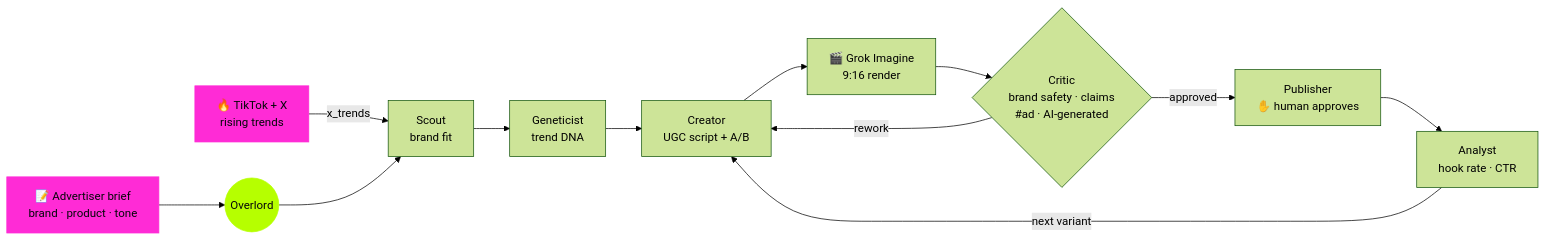
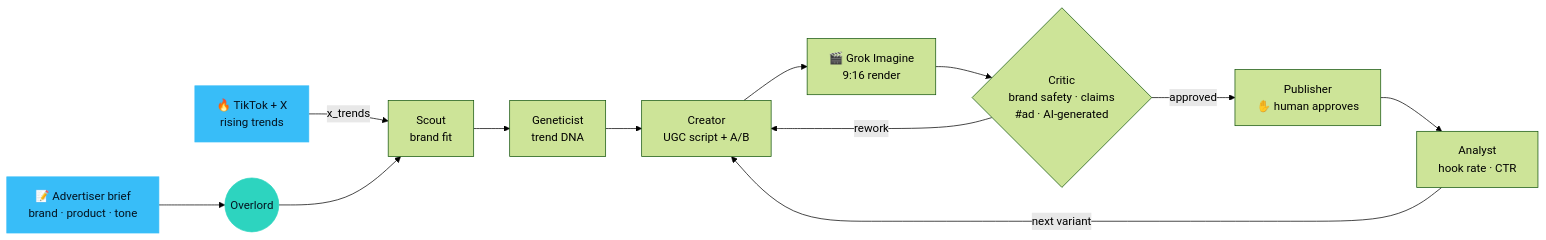
One commit to WiktorZoga/opalacze changed the diagram in README.md. Above: the diagram before and after it, drawn with Mermaid (forest theme). The commit also changed other lines of this file, not shown here.

Commit message:
README: rename to Riptide, ocean palette badges and diagram

````diff
--- a/README.md
+++ b/README.md
@@ -35,19 +35,19 @@
 ```mermaid
 flowchart LR
     B["📝 Advertiser brief<br/>brand · product · tone"] --> O(("Overlord"))
     T["🔥 TikTok + X<br/>rising trends"] -->|x_trends| S["Scout<br/>brand fit"]
     O --> S
     S --> G["Geneticist<br/>trend DNA"]
     G --> M["Creator<br/>UGC script + A/B"]
     M --> R["🎬 Grok Imagine<br/>9:16 render"]
     R --> C{"Critic<br/>brand safety · claims<br/>#ad · AI-generated"}
     C -->|rework| M
     C -->|approved| P["Publisher<br/>✋ human approves"]
     P --> A["Analyst<br/>hook rate · CTR"]
     A -->|next variant| M
 
-    classDef hot fill:#ff2bd6,stroke:#ff2bd6,color:#05060a
-    classDef acid fill:#b6ff00,stroke:#b6ff00,color:#05060a
+    classDef hot fill:#38bdf8,stroke:#38bdf8,color:#04121f
+    classDef acid fill:#2dd4bf,stroke:#2dd4bf,color:#04121f
     class B,T hot
     class O acid
 ```
````
